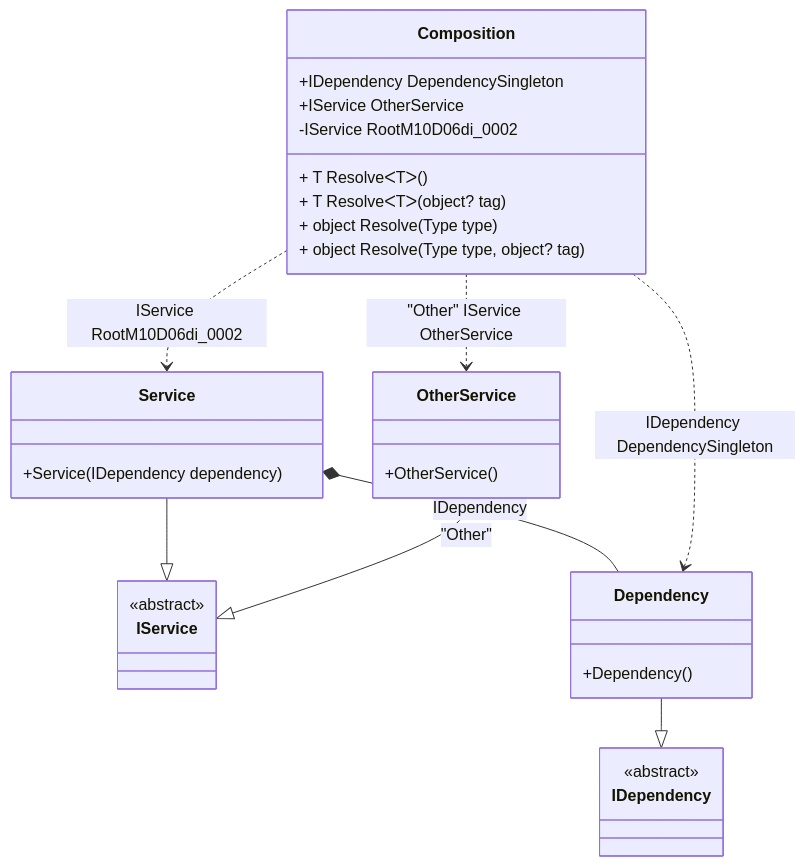
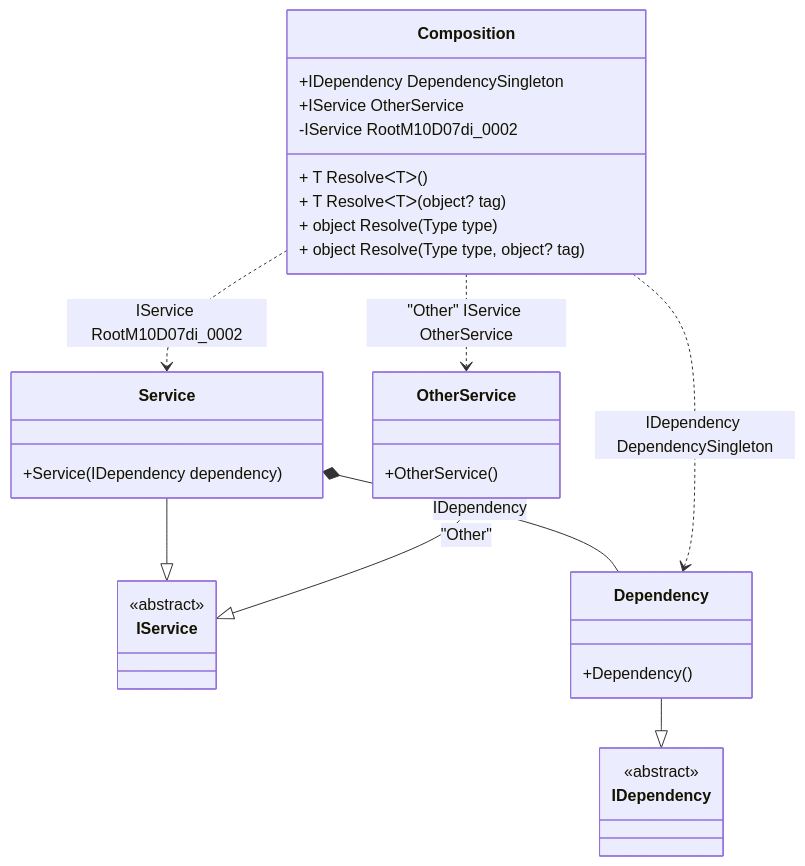
One commit to DevTeam/Pure.DI changed the diagram in readme/resolve-methods.md. Above: the diagram before and after it, drawn with Mermaid. The commit also changed other lines of this file and 102 other files, not shown here.

````diff
--- a/readme/resolve-methods.md
+++ b/readme/resolve-methods.md
@@ -47,34 +47,34 @@
 ```mermaid
 classDiagram
   class Composition {
     +IDependency DependencySingleton
     +IService OtherService
-    -IService RootM10D06di_0002
+    -IService RootM10D07di_0002
     + T ResolveᐸTᐳ()
     + T ResolveᐸTᐳ(object? tag)
     + object Resolve(Type type)
     + object Resolve(Type type, object? tag)
   }
   Service --|> IService : 
   class Service {
     +Service(IDependency dependency)
   }
   Dependency --|> IDependency : 
   class Dependency {
     +Dependency()
   }
   OtherService --|> IService : "Other" 
   class OtherService {
     +OtherService()
   }
   class IService {
     <<abstract>>
   }
   class IDependency {
     <<abstract>>
   }
   Service *--  Dependency : IDependency
   Composition ..> Dependency : IDependency DependencySingleton
-  Composition ..> Service : IService RootM10D06di_0002
+  Composition ..> Service : IService RootM10D07di_0002
   Composition ..> OtherService : "Other" IService OtherService
 ```
````
